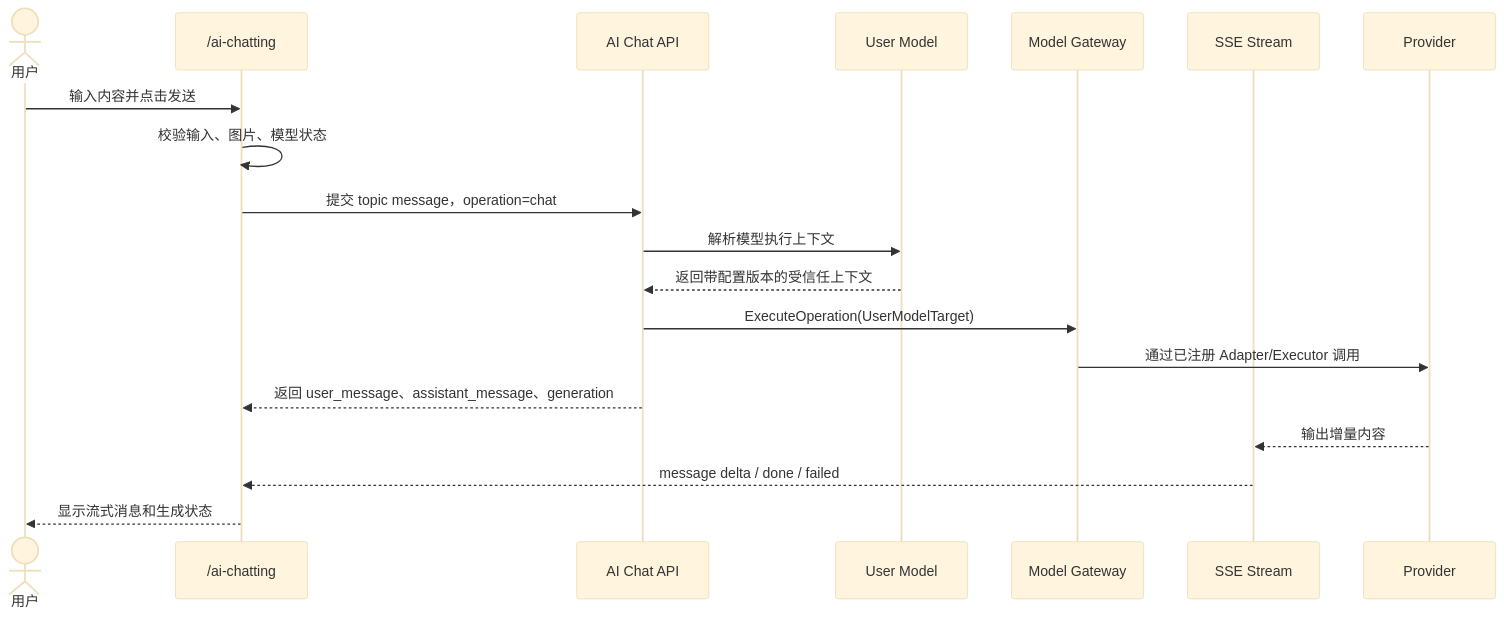
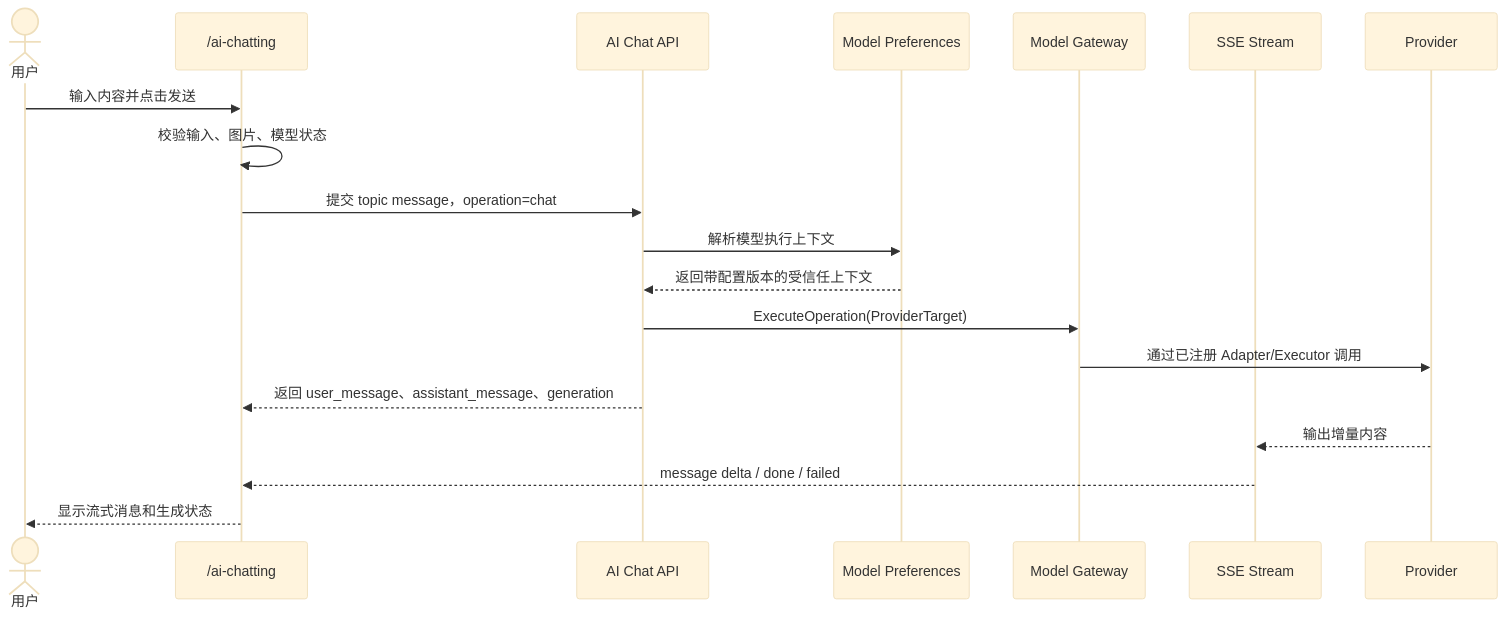
The fourth of 11 diagrams in 00_product/domains/ai-chatting/product-spec.md (wangweihong/omnimam-spec), drawn with Mermaid (base theme) before and after one commit. The commit also changed other lines of this file and 67 other files, not shown here.

Commit message:
spec: implement unified provider account architecture

````diff
--- a/00_product/domains/ai-chatting/product-spec.md
+++ b/00_product/domains/ai-chatting/product-spec.md
@@ -357,22 +360,22 @@
 ```mermaid
 sequenceDiagram
   actor User as 用户
   participant UI as /ai-chatting
   participant API as AI Chat API
-  participant UM as User Model
+  participant UM as Model Preferences
   participant MG as Model Gateway
   participant SSE as SSE Stream
   participant LLM as Provider
 
   User->>UI: 输入内容并点击发送
   UI->>UI: 校验输入、图片、模型状态
   UI->>API: 提交 topic message，operation=chat
   API->>UM: 解析模型执行上下文
   UM-->>API: 返回带配置版本的受信任上下文
-  API->>MG: ExecuteOperation(UserModelTarget)
+  API->>MG: ExecuteOperation(ProviderTarget)
   MG->>LLM: 通过已注册 Adapter/Executor 调用
   API-->>UI: 返回 user_message、assistant_message、generation
   LLM-->>SSE: 输出增量内容
   SSE-->>UI: message delta / done / failed
   UI-->>User: 显示流式消息和生成状态
 ```
````
